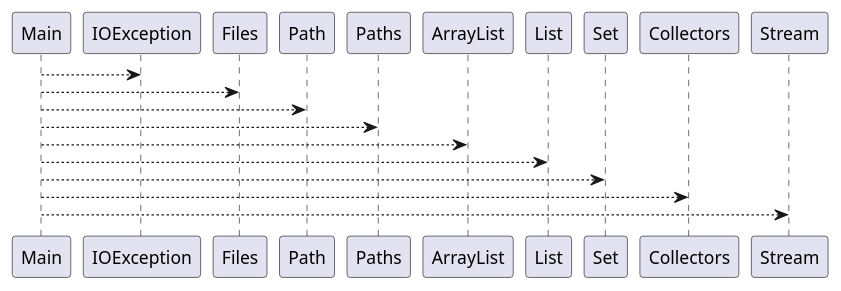
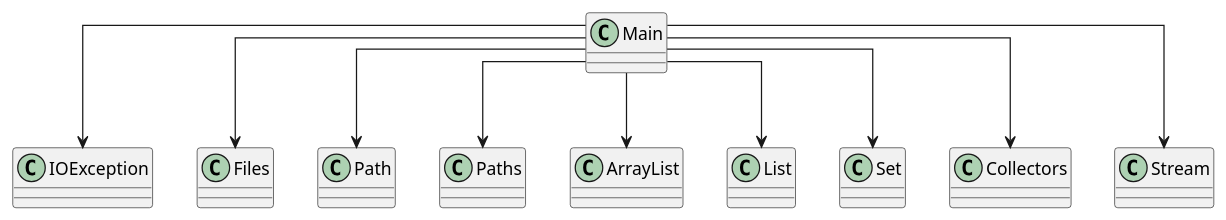
The diagram in diagram.puml (Magma-Foundation/Magma), drawn with PlantUML before and after one commit. The commit also changed 1 other file, not shown here.

```diff
--- a/diagram.puml
+++ b/diagram.puml
@@ -1,11 +1,13 @@
 @startuml
+skinparam linetype ortho
+class Main
 Main --> IOException
 Main --> Files
 Main --> Path
 Main --> Paths
 Main --> ArrayList
 Main --> List
 Main --> Set
 Main --> Collectors
 Main --> Stream
 @enduml
```
